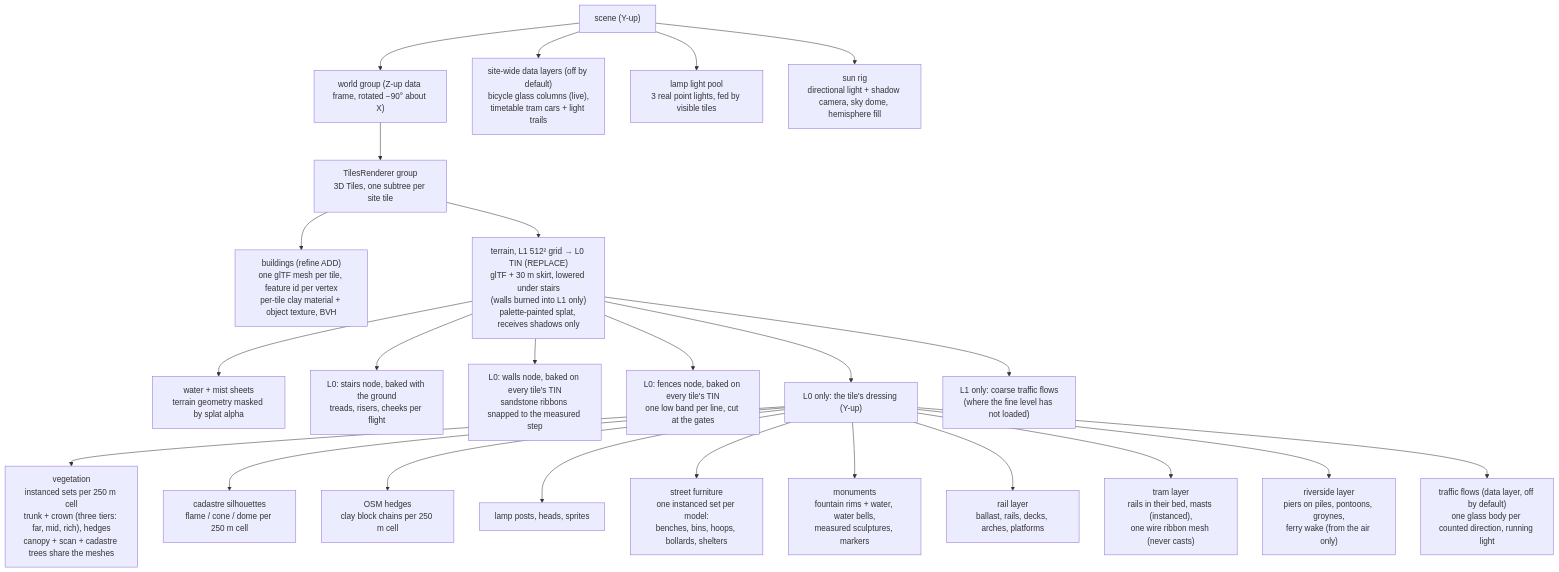
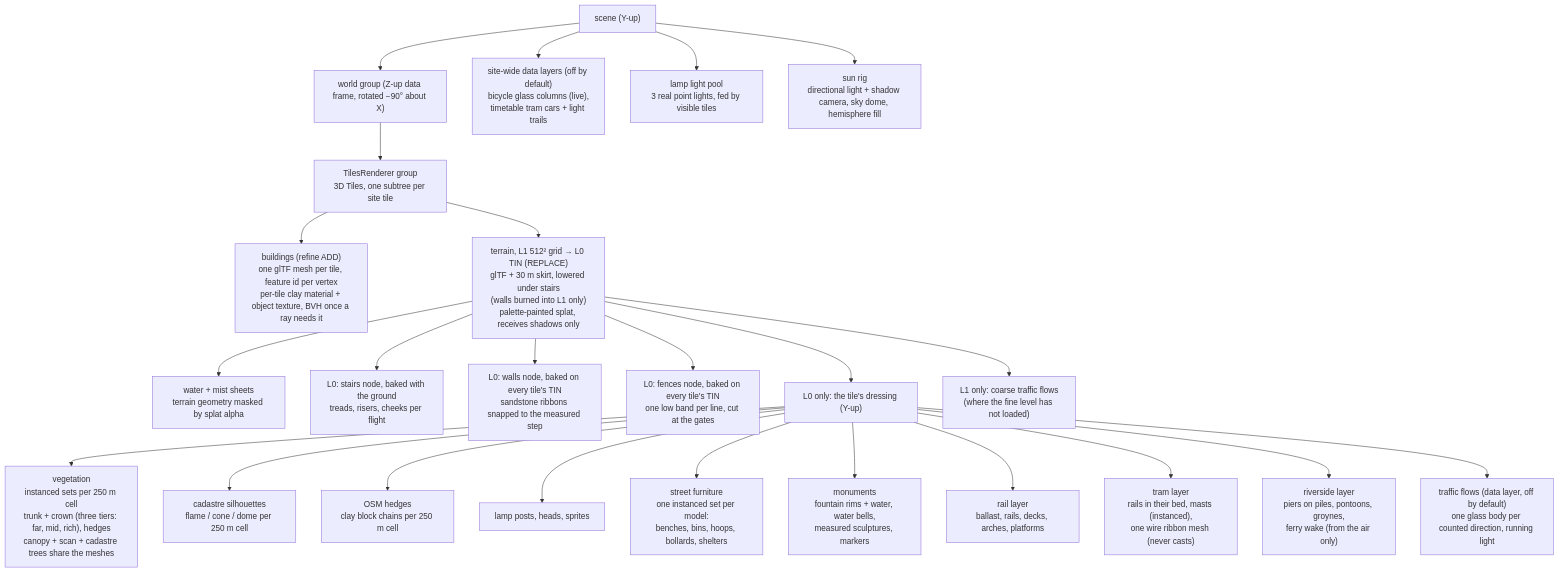
One commit to mdugue/bridge changed the first of 2 diagrams in docs/rendering.md. Above: the diagram before and after it, drawn with Mermaid. The commit also changed other lines of this file and 12 other files, not shown here.

````diff
--- a/docs/rendering.md
+++ b/docs/rendering.md
@@ -25,29 +25,29 @@
 ```mermaid
 flowchart TB
   SCENE["scene (Y-up)"]
   WORLD["world group (Z-up data frame, rotated −90° about X)"]
   TILES["TilesRenderer group<br/>3D Tiles, one subtree per site tile"]
   SCENE --> WORLD
   WORLD --> TILES
-  TILES --> CITY["buildings (refine ADD)<br/>one glTF mesh per tile, feature id per vertex<br/>per-tile clay material + object texture, BVH"]
+  TILES --> CITY["buildings (refine ADD)<br/>one glTF mesh per tile, feature id per vertex<br/>per-tile clay material + object texture, BVH once a ray needs it"]
   TILES --> TER["terrain, L1 512² grid → L0 TIN (REPLACE)<br/>glTF + 30 m skirt, lowered under stairs<br/>(walls burned into L1 only)<br/>palette-painted splat, receives shadows only"]
   TER --> WAT["water + mist sheets<br/>terrain geometry masked by splat alpha"]
   TER --> STAIR["L0: stairs node, baked with the ground<br/>treads, risers, cheeks per flight"]
   TER --> WALL["L0: walls node, baked on every tile's TIN<br/>sandstone ribbons snapped to the measured step"]
   TER --> FENCE["L0: fences node, baked on every tile's TIN<br/>one low band per line, cut at the gates"]
   TER --> DRESS["L0 only: the tile's dressing (Y-up)"]
   DRESS --> VEG["vegetation<br/>instanced sets per 250 m cell<br/>trunk + crown (three tiers: far, mid, rich), hedges<br/>canopy + scan + cadastre trees share the meshes"]
   DRESS --> INV["cadastre silhouettes<br/>flame / cone / dome per 250 m cell"]
   DRESS --> LOW["OSM hedges<br/>clay block chains per 250 m cell"]
   DRESS --> LAMP["lamp posts, heads, sprites"]
   DRESS --> FURN["street furniture<br/>one instanced set per model:<br/>benches, bins, hoops, bollards, shelters"]
   DRESS --> MON["monuments<br/>fountain rims + water, water bells,<br/>measured sculptures, markers"]
   DRESS --> RAIL["rail layer<br/>ballast, rails, decks, arches, platforms"]
   DRESS --> TRAM["tram layer<br/>rails in their bed, masts (instanced),<br/>one wire ribbon mesh (never casts)"]
   DRESS --> RIV["riverside layer<br/>piers on piles, pontoons, groynes,<br/>ferry wake (from the air only)"]
   DRESS --> TRAF["traffic flows (data layer, off by default)<br/>one glass body per counted direction, running light"]
   TER --> TRAFC["L1 only: coarse traffic flows<br/>(where the fine level has not loaded)"]
   SCENE --> DATA["site-wide data layers (off by default)<br/>bicycle glass columns (live),<br/>timetable tram cars + light trails"]
   SCENE --> LIGHTS["lamp light pool<br/>3 real point lights, fed by visible tiles"]
   SCENE --> SUN["sun rig<br/>directional light + shadow camera, sky dome, hemisphere fill"]
 ```
````
